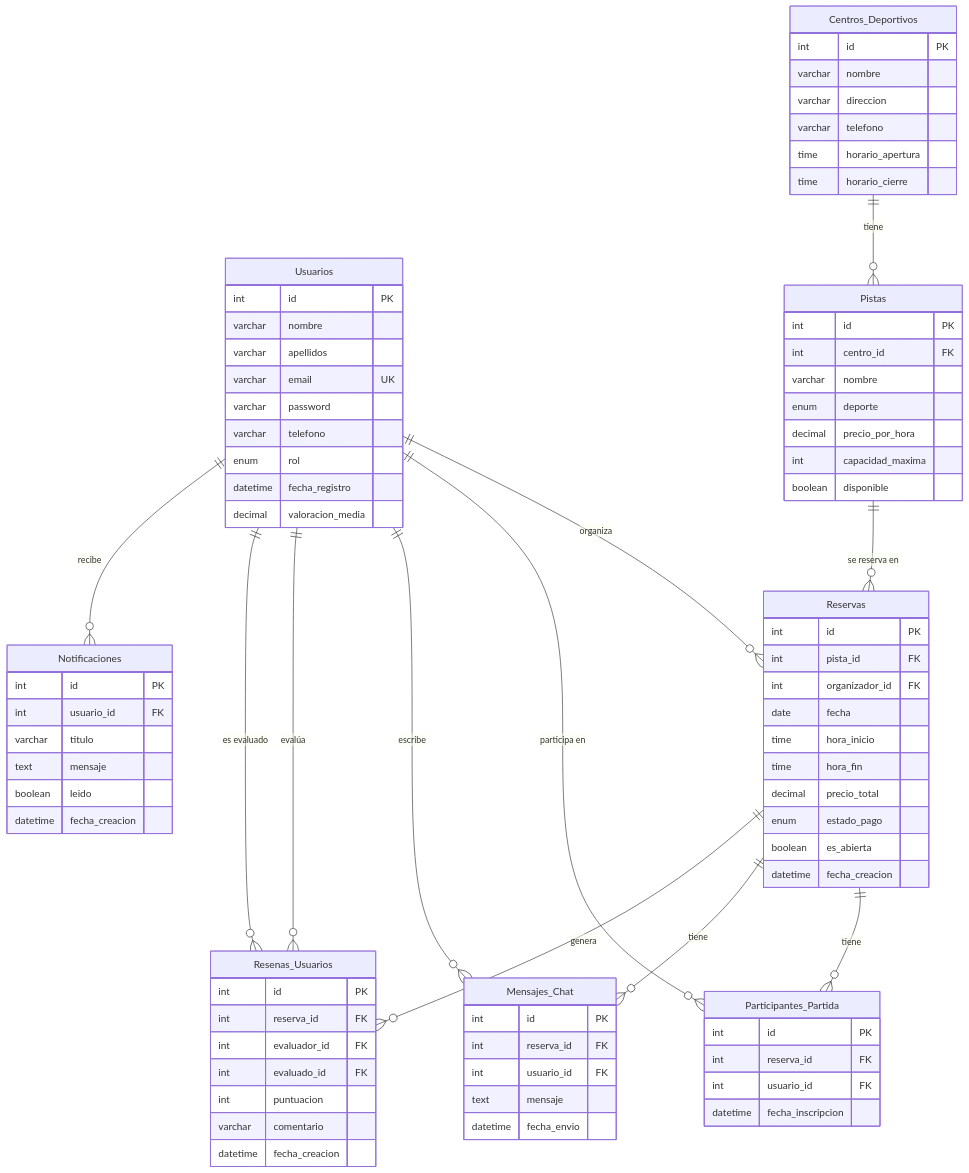
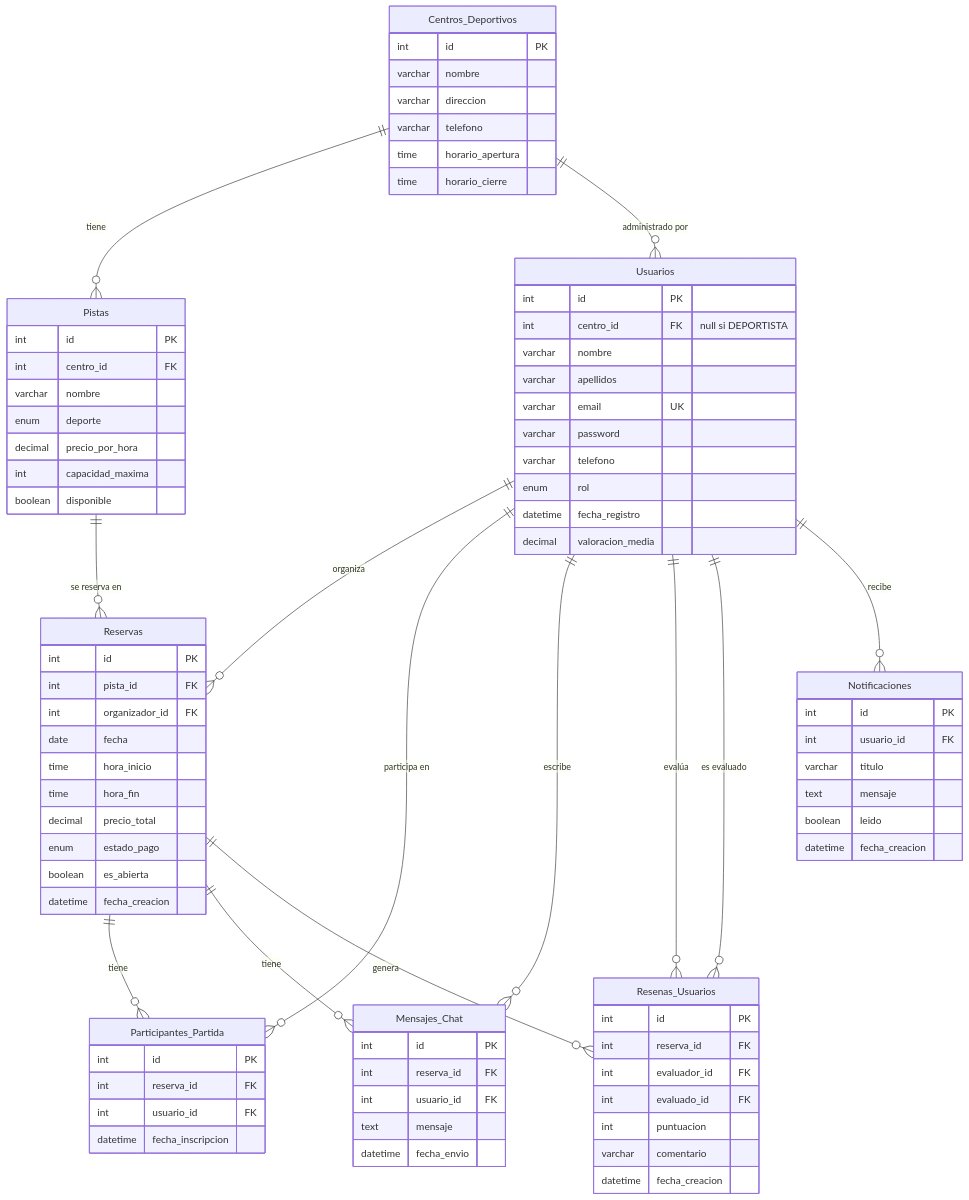
Before and after one commit to ajm68-ua/tfgReservasDeportivas: the diagram in README.md, drawn with Mermaid.

Commit message:
Modificado esquema BD

```diff
--- a/README.md
+++ b/README.md
@@ -19,6 +19,7 @@
 erDiagram
     Usuarios {
         int id PK
+        int centro_id FK "null si DEPORTISTA"
         varchar nombre
         varchar apellidos
         varchar email UK
@@ -96,6 +97,7 @@
     }
 
     Centros_Deportivos ||--o{ Pistas : "tiene"
+    Centros_Deportivos ||--o{ Usuarios : "administrado por"
     Pistas ||--o{ Reservas : "se reserva en"
     Usuarios ||--o{ Reservas : "organiza"
     Reservas ||--o{ Participantes_Partida : "tiene"
```
